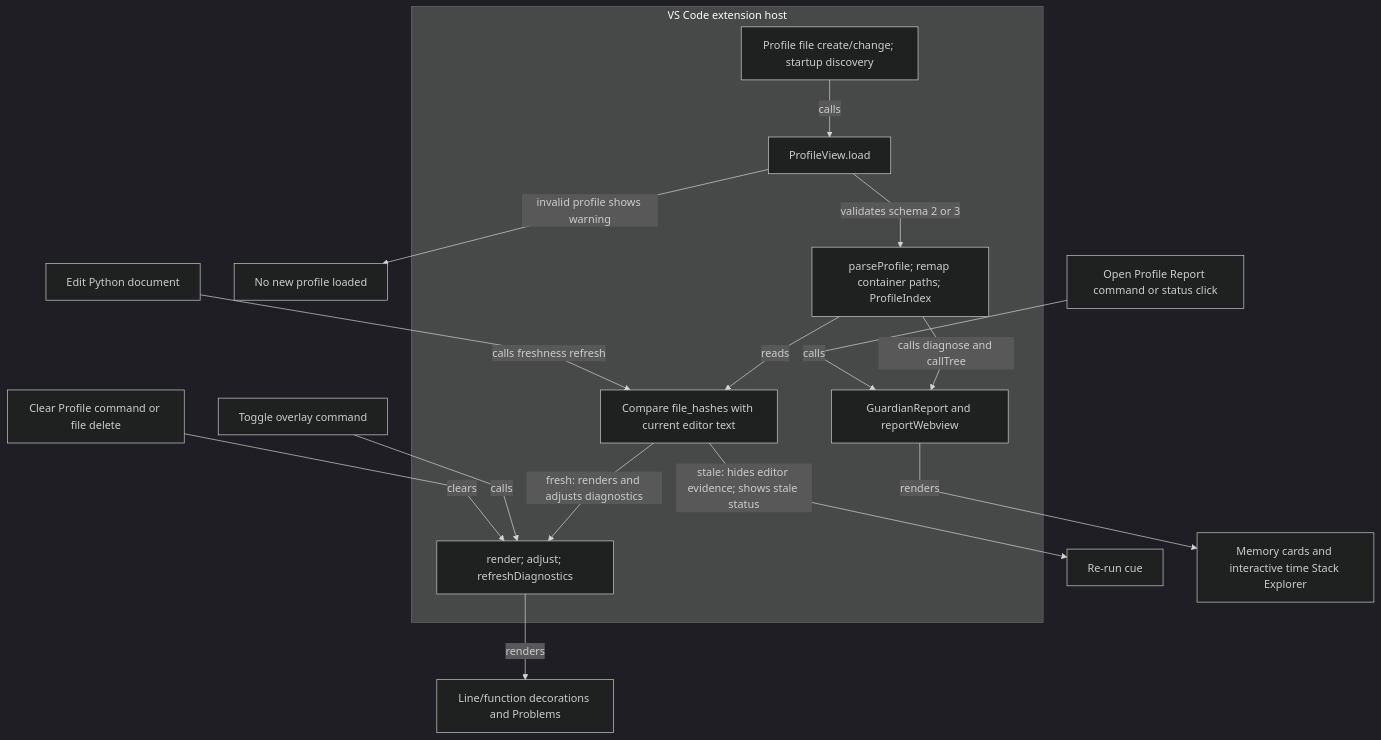
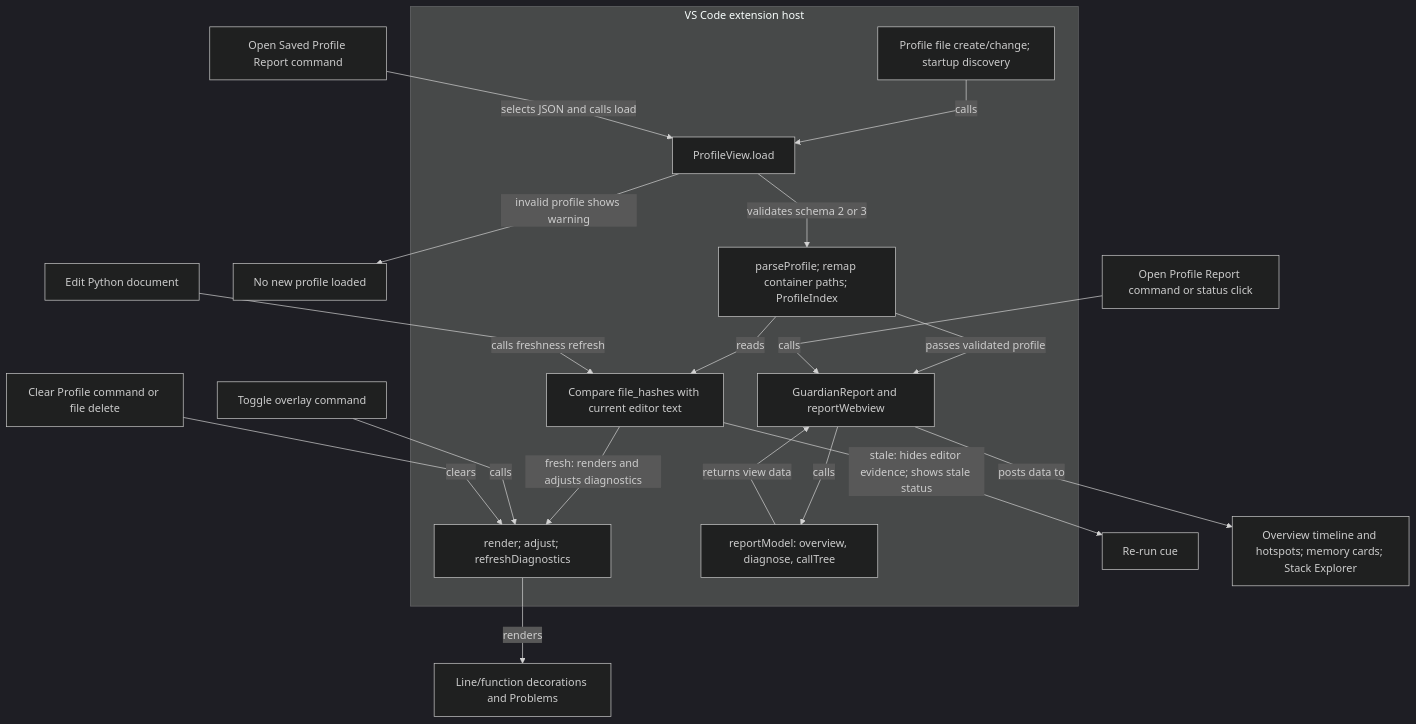
The fifth of 15 diagrams in docs/feature-map.md (AashishTangnami/python-memory-guardian), drawn with Mermaid (dark theme) before and after one commit. The commit also changed other lines of this file and 19 other files, not shown here.

````diff
--- a/docs/feature-map.md
+++ b/docs/feature-map.md
@@ -139,25 +139,29 @@
 ```mermaid
 %%{init: {"fontFamily":"Inter, ui-sans-serif, system-ui, sans-serif","flowchart":{"curve":"linear","nodeSpacing":50,"rankSpacing":60},"layout":"dagre"}}%%
 flowchart TD
     Trigger["Profile file create/change; startup discovery"] -->|calls| Load["ProfileView.load"]
     subgraph EXT["VS Code extension host"]
       Trigger
       Load
       Parse["parseProfile; remap container paths; ProfileIndex"]
       Fresh["Compare file_hashes with current editor text"]
       Feedback["render; adjust; refreshDiagnostics"]
       Report["GuardianReport and reportWebview"]
+      Models["reportModel: overview, diagnose, callTree"]
     end
     Load -->|validates schema 2 or 3| Parse
     Load -->|invalid profile shows warning| Invalid["No new profile loaded"]
     Parse -->|reads| Fresh
     Fresh -->|fresh: renders and adjusts diagnostics| Feedback
     Fresh -->|stale: hides editor evidence; shows stale status| Stale["Re-run cue"]
     Feedback -->|renders| Editor["Line/function decorations and Problems"]
-    Parse -->|calls diagnose and callTree| Report
-    Report -->|renders| Webview["Memory cards and interactive time Stack Explorer"]
+    Parse -->|passes validated profile| Report
+    Report -->|calls| Models
+    Models -->|returns view data| Report
+    Report -->|posts data to| Webview["Overview timeline and hotspots; memory cards; Stack Explorer"]
     Edit["Edit Python document"] -->|calls freshness refresh| Fresh
     Open["Open Profile Report command or status click"] -->|calls| Report
+    Saved["Open Saved Profile Report command"] -->|selects JSON and calls load| Load
     Toggle["Toggle overlay command"] -->|calls| Feedback
     Clear["Clear Profile command or file delete"] -->|clears| Feedback
 ```
````
